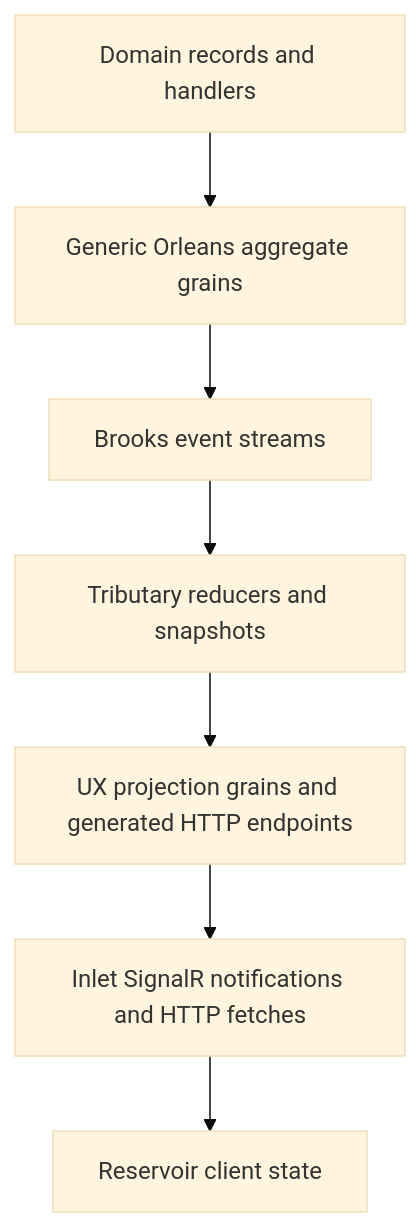
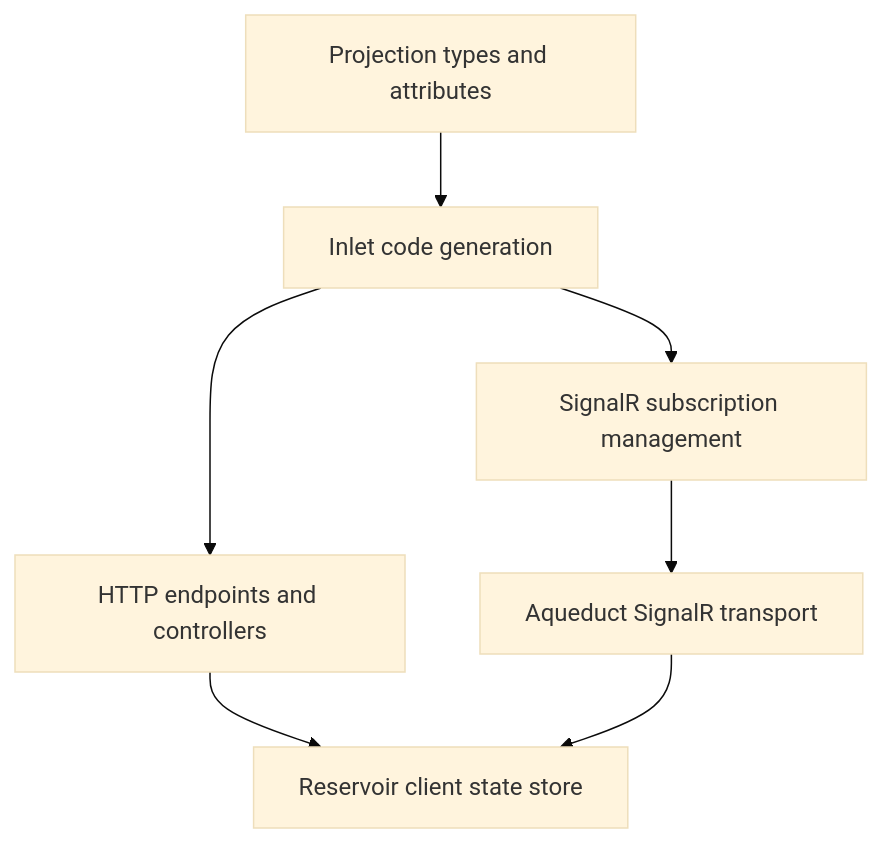
One commit to Gibbs-Morris/mississippi changed the second of 2 diagrams in docs/Docusaurus/docs/concepts/index.md. Above: the diagram before and after it, drawn with Mermaid (base theme). The commit also changed other lines of this file, not shown here.

Commit message:
Clarify concepts overview architecture wording +semver: skip

````diff
--- a/docs/Docusaurus/docs/concepts/index.md
+++ b/docs/Docusaurus/docs/concepts/index.md
@@ -33,9 +52,9 @@
 ```mermaid
 flowchart TB
-    A[Domain records and handlers] --> B[Generic Orleans aggregate grains]
-    B --> C[Brooks event streams]
-    C --> D[Tributary reducers and snapshots]
-    D --> E[UX projection grains and generated HTTP endpoints]
-    E --> F[Inlet SignalR notifications and HTTP fetches]
-    F --> G[Reservoir client state]
+    PT[Projection types and attributes] --> IN[Inlet code generation]
+    IN --> HTTP[HTTP endpoints and controllers]
+    IN --> SUB[SignalR subscription management]
+    SUB --> AQ[Aqueduct SignalR transport]
+    HTTP --> RS[Reservoir client state store]
+    AQ --> RS
 ```
````
